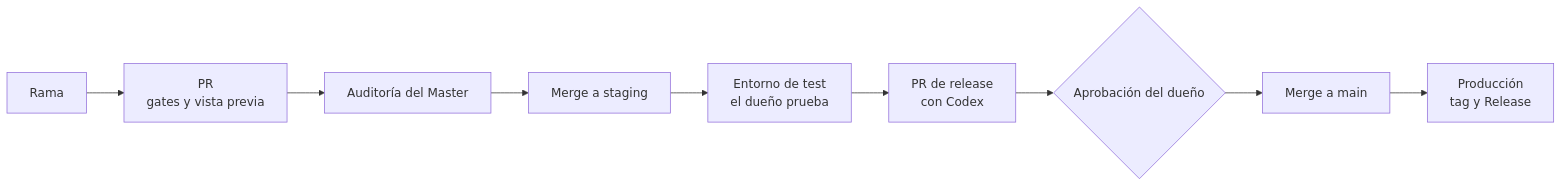
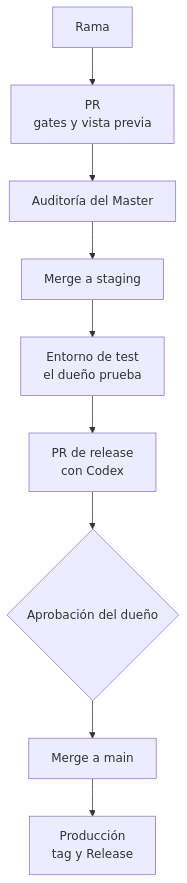
Before and after one commit to Gelpy/gelpy: the diagram in i18n/es/docusaurus-plugin-content-docs/current/framework/delivery.md, drawn with Mermaid. The commit also changed 5 other files, not shown here.

First line of the commit message:
docs: make the framework diagrams readable at page width (001-021)

````diff
--- a/i18n/es/docusaurus-plugin-content-docs/current/framework/delivery.md
+++ b/i18n/es/docusaurus-plugin-content-docs/current/framework/delivery.md
@@ -64,11 +64,11 @@
 ```mermaid
-flowchart LR
+flowchart TB
   branch[Rama] --> pr[PR<br/>gates y vista previa]
   pr --> audit[Auditoría del Master]
   audit --> staging[Merge a staging]
   staging --> test[Entorno de test<br/>el dueño prueba]
   test --> release[PR de release<br/>con Codex]
   release --> approval{Aprobación del dueño}
   approval --> main[Merge a main]
   main --> prod[Producción<br/>tag y Release]
 ```
````
